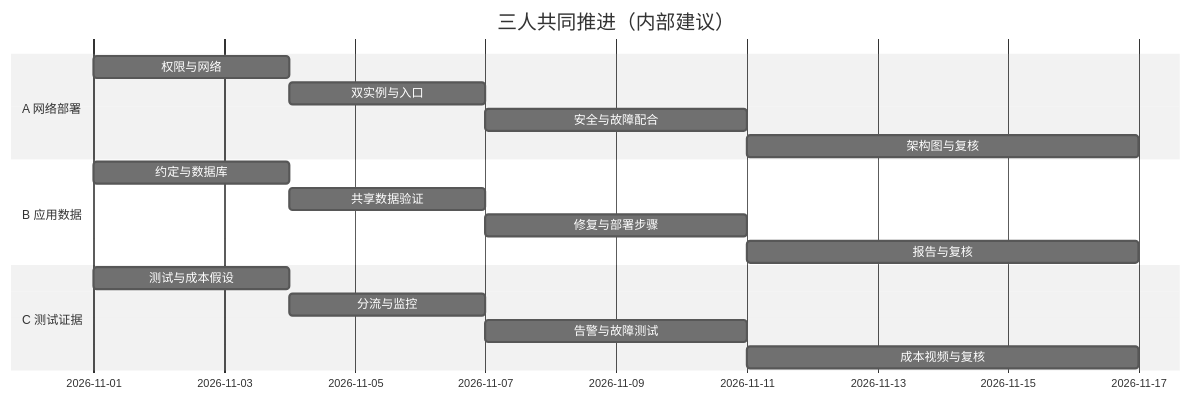
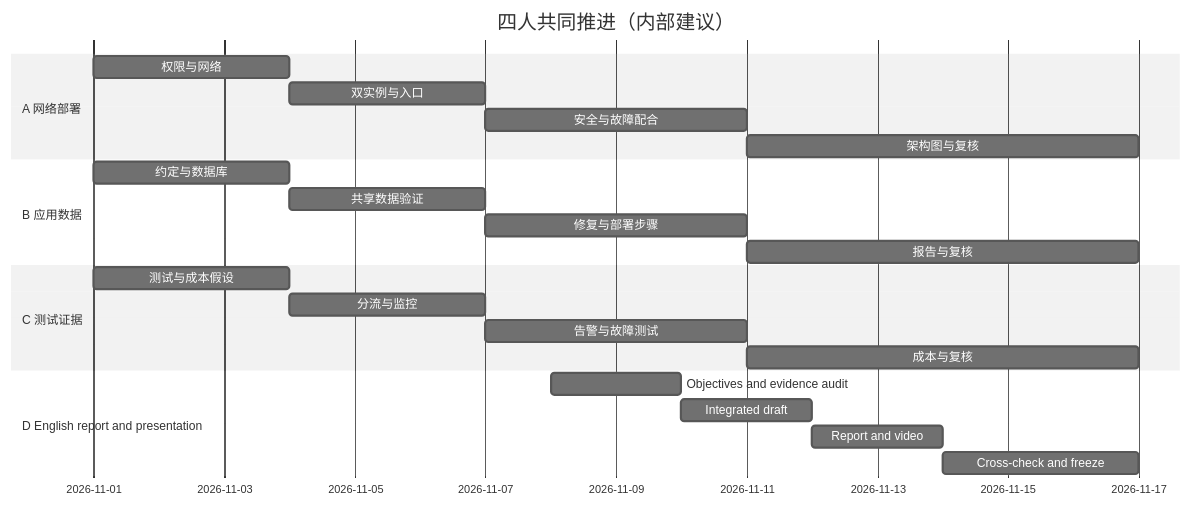
One commit to DiegoXue-coder/infs3701-cloud-team-2026 changed the diagram in DASHBOARD.md. Above: the diagram before and after it, drawn with Mermaid (neutral theme). The commit also changed other lines of this file and 2 other files, not shown here.

````diff
--- a/DASHBOARD.md
+++ b/DASHBOARD.md
@@ -96,20 +98,25 @@
 ```mermaid
 gantt
-    title 三人共同推进（内部建议）
+    title 四人共同推进（内部建议）
     dateFormat YYYY-MM-DD
     section A 网络部署
     权限与网络 :2026-11-01, 3d
     双实例与入口 :2026-11-04, 3d
     安全与故障配合 :2026-11-07, 4d
     架构图与复核 :2026-11-11, 6d
     section B 应用数据
     约定与数据库 :2026-11-01, 3d
     共享数据验证 :2026-11-04, 3d
     修复与部署步骤 :2026-11-07, 4d
     报告与复核 :2026-11-11, 6d
     section C 测试证据
     测试与成本假设 :2026-11-01, 3d
     分流与监控 :2026-11-04, 3d
     告警与故障测试 :2026-11-07, 4d
-    成本视频与复核 :2026-11-11, 6d
+    成本与复核 :2026-11-11, 6d
+    section D English report and presentation
+    Objectives and evidence audit :2026-11-08, 2d
+    Integrated draft :2026-11-10, 2d
+    Report and video :2026-11-12, 2d
+    Cross-check and freeze :2026-11-14, 3d
 ```
````
